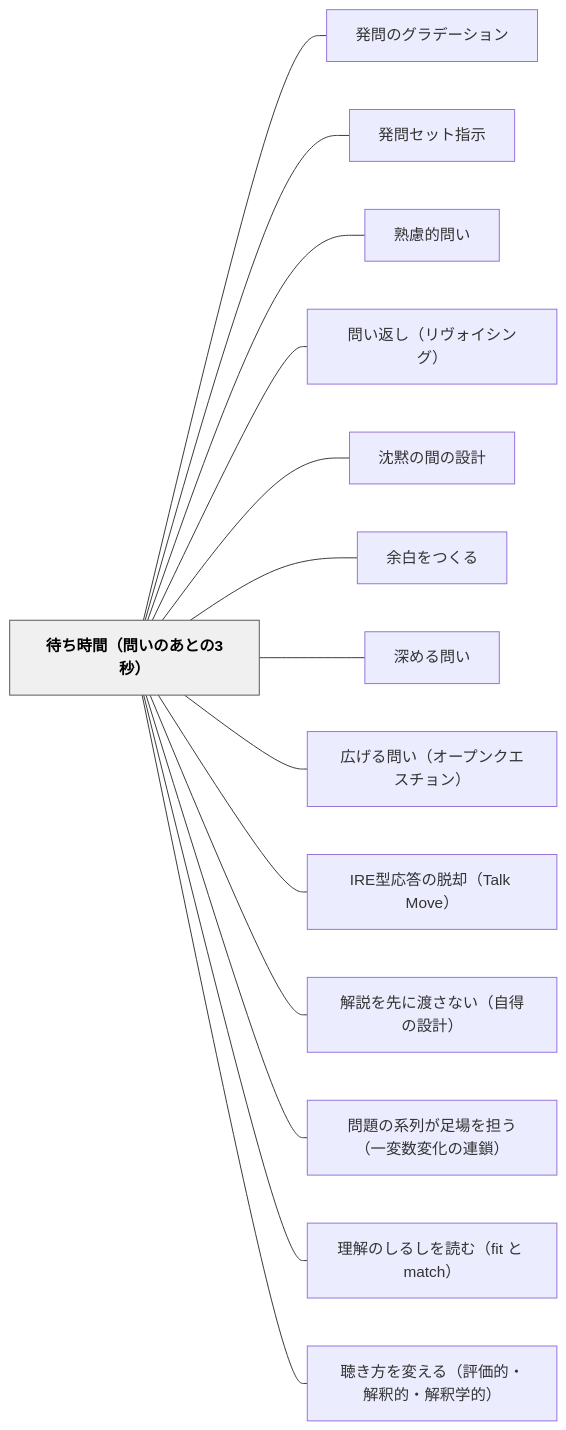
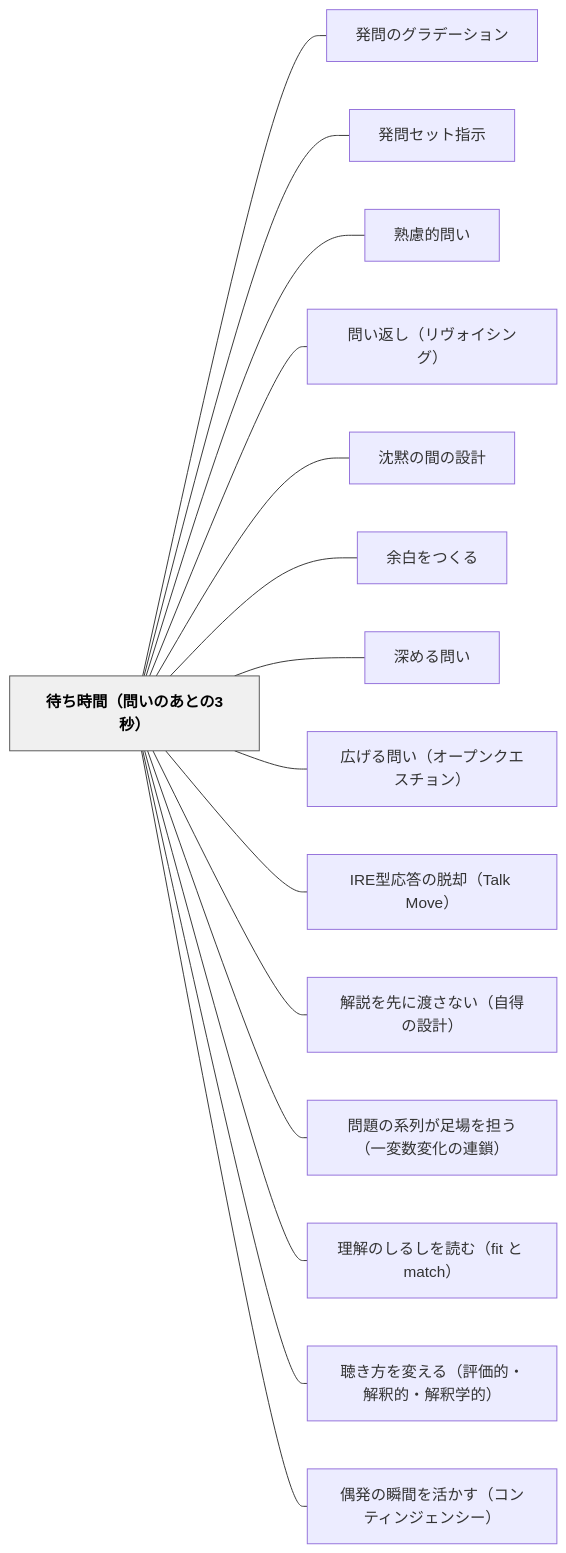
Before and after one commit to unknownthings-ed-patterns/unknownthings-ed-patterns: the diagram in content/パタン/待ち時間（問いのあとの3秒）.md, drawn with Mermaid. The commit also changed other lines of this file and 84 other files, not shown here.

````diff
--- a/content/パタン/待ち時間（問いのあとの3秒）.md
+++ b/content/パタン/待ち時間（問いのあとの3秒）.md
@@ -121,34 +125,36 @@
 ```mermaid
 flowchart LR
     ne5be85e381a1e69982e99693efbc88e5958fe38184e381aee38182e381a8e381ae33e7a792efbc89["待ち時間（問いのあとの3秒）"]
     ne799bae5958fe381aee382b0e383a9e38387e383bce382b7e383a7e383b3["発問のグラデーション"]
     ne799bae5958fe382bbe38383e38388e68c87e7a4ba["発問セット指示"]
     ne7869fe685aee79a84e5958fe38184["熟慮的問い"]
     ne5958fe38184e8bf94e38197efbc88e383aae383b4e382a9e382a4e382b7e383b3e382b0efbc89["問い返し（リヴォイシング）"]
     ne6b288e9bb99e381aee99693e381aee8a8ade8a888["沈黙の間の設計"]
     ne4bd99e799bde38292e381a4e3818fe3828b["余白をつくる"]
     ne6b7b1e38281e3828be5958fe38184["深める問い"]
     ne5ba83e38192e3828be5958fe38184efbc88e382aae383bce38397e383b3e382afe382a8e382b9e38381e383a7e383b3efbc89["広げる問い（オープンクエスチョン）"]
     n495245e59e8be5bf9ce7ad94e381aee884b1e58db4efbc8854616c6b204d6f7665efbc89["IRE型応答の脱却（Talk Move）"]
     ne8a7a3e8aaace38292e58588e381abe6b8a1e38195e381aae38184efbc88e887aae5be97e381aee8a8ade8a888efbc89["解説を先に渡さない（自得の設計）"]
     ne5958fe9a18ce381aee7b3bbe58897e3818ce8b6b3e5a0b4e38292e68b85e38186efbc88e4b880e5a489e695b0e5a489e58c96e381aee980a3e98e96efbc89["問題の系列が足場を担う（一変数変化の連鎖）"]
     ne79086e8a7a3e381aee38197e3828be38197e38292e8aaade38280efbc8866697420e381a8206d61746368efbc89["理解のしるしを読む（fit と match）"]
     ne881b4e3818de696b9e38292e5a489e38188e3828befbc88e8a995e4bea1e79a84e383bbe8a7a3e98788e79a84e383bbe8a7a3e98788e5ada6e79a84efbc89["聴き方を変える（評価的・解釈的・解釈学的）"]
+    ne581b6e799bae381aee79eace99693e38292e6b4bbe3818be38199efbc88e382b3e383b3e38386e382a3e383b3e382b8e382a7e383b3e382b7e383bcefbc89["偶発の瞬間を活かす（コンティンジェンシー）"]
 
     ne5be85e381a1e69982e99693efbc88e5958fe38184e381aee38182e381a8e381ae33e7a792efbc89 --- ne799bae5958fe381aee382b0e383a9e38387e383bce382b7e383a7e383b3
     ne5be85e381a1e69982e99693efbc88e5958fe38184e381aee38182e381a8e381ae33e7a792efbc89 --- ne799bae5958fe382bbe38383e38388e68c87e7a4ba
     ne5be85e381a1e69982e99693efbc88e5958fe38184e381aee38182e381a8e381ae33e7a792efbc89 --- ne7869fe685aee79a84e5958fe38184
     ne5be85e381a1e69982e99693efbc88e5958fe38184e381aee38182e381a8e381ae33e7a792efbc89 --- ne5958fe38184e8bf94e38197efbc88e383aae383b4e382a9e382a4e382b7e383b3e382b0efbc89
     ne5be85e381a1e69982e99693efbc88e5958fe38184e381aee38182e381a8e381ae33e7a792efbc89 --- ne6b288e9bb99e381aee99693e381aee8a8ade8a888
     ne5be85e381a1e69982e99693efbc88e5958fe38184e381aee38182e381a8e381ae33e7a792efbc89 --- ne4bd99e799bde38292e381a4e3818fe3828b
     ne5be85e381a1e69982e99693efbc88e5958fe38184e381aee38182e381a8e381ae33e7a792efbc89 --- ne6b7b1e38281e3828be5958fe38184
     ne5be85e381a1e69982e99693efbc88e5958fe38184e381aee38182e381a8e381ae33e7a792efbc89 --- ne5ba83e38192e3828be5958fe38184efbc88e382aae383bce38397e383b3e382afe382a8e382b9e38381e383a7e383b3efbc89
     ne5be85e381a1e69982e99693efbc88e5958fe38184e381aee38182e381a8e381ae33e7a792efbc89 --- n495245e59e8be5bf9ce7ad94e381aee884b1e58db4efbc8854616c6b204d6f7665efbc89
     ne5be85e381a1e69982e99693efbc88e5958fe38184e381aee38182e381a8e381ae33e7a792efbc89 --- ne8a7a3e8aaace38292e58588e381abe6b8a1e38195e381aae38184efbc88e887aae5be97e381aee8a8ade8a888efbc89
     ne5be85e381a1e69982e99693efbc88e5958fe38184e381aee38182e381a8e381ae33e7a792efbc89 --- ne5958fe9a18ce381aee7b3bbe58897e3818ce8b6b3e5a0b4e38292e68b85e38186efbc88e4b880e5a489e695b0e5a489e58c96e381aee980a3e98e96efbc89
     ne5be85e381a1e69982e99693efbc88e5958fe38184e381aee38182e381a8e381ae33e7a792efbc89 --- ne79086e8a7a3e381aee38197e3828be38197e38292e8aaade38280efbc8866697420e381a8206d61746368efbc89
     ne5be85e381a1e69982e99693efbc88e5958fe38184e381aee38182e381a8e381ae33e7a792efbc89 --- ne881b4e3818de696b9e38292e5a489e38188e3828befbc88e8a995e4bea1e79a84e383bbe8a7a3e98788e79a84e383bbe8a7a3e98788e5ada6e79a84efbc89
+    ne5be85e381a1e69982e99693efbc88e5958fe38184e381aee38182e381a8e381ae33e7a792efbc89 --- ne581b6e799bae381aee79eace99693e38292e6b4bbe3818be38199efbc88e382b3e383b3e38386e382a3e383b3e382b8e382a7e383b3e382b7e383bcefbc89
 
     classDef hub fill:#f0f0f0,stroke:#555,color:#000,font-weight:bold
     class ne5be85e381a1e69982e99693efbc88e5958fe38184e381aee38182e381a8e381ae33e7a792efbc89 hub
 ```
````
